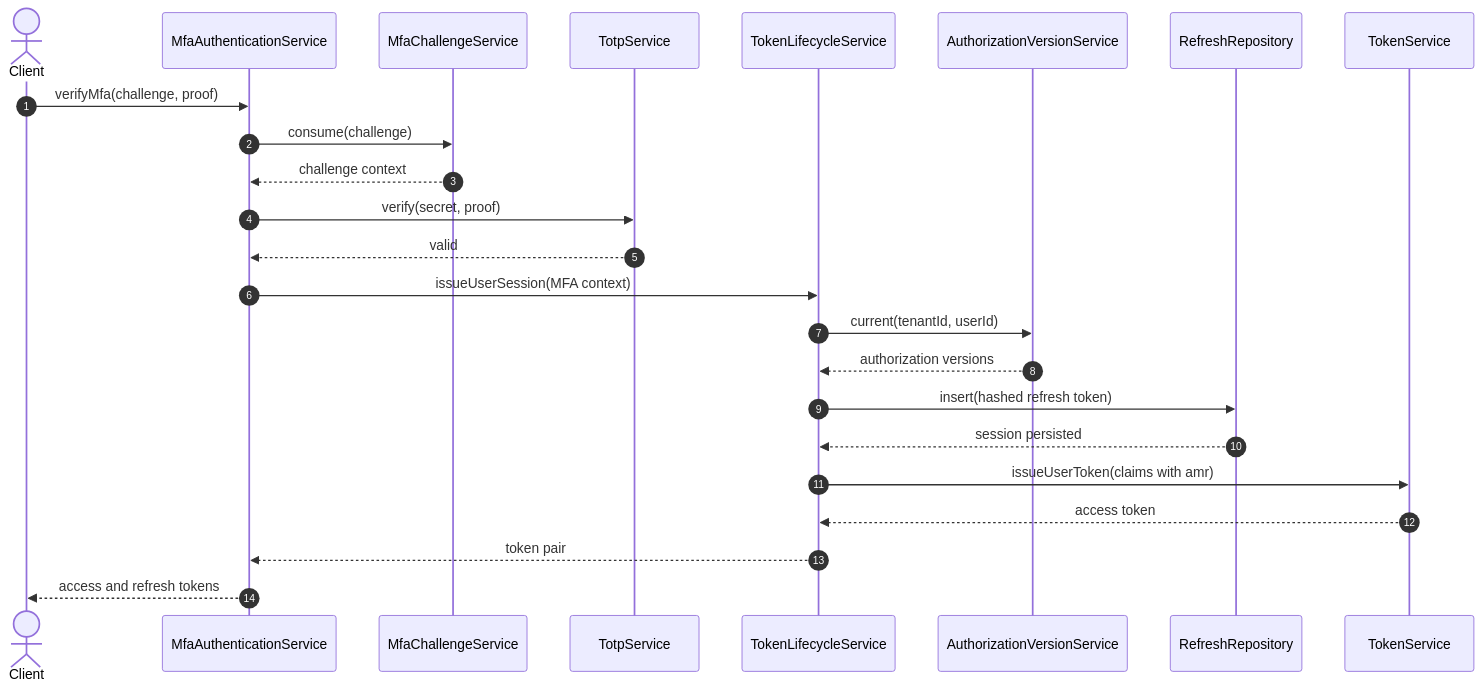
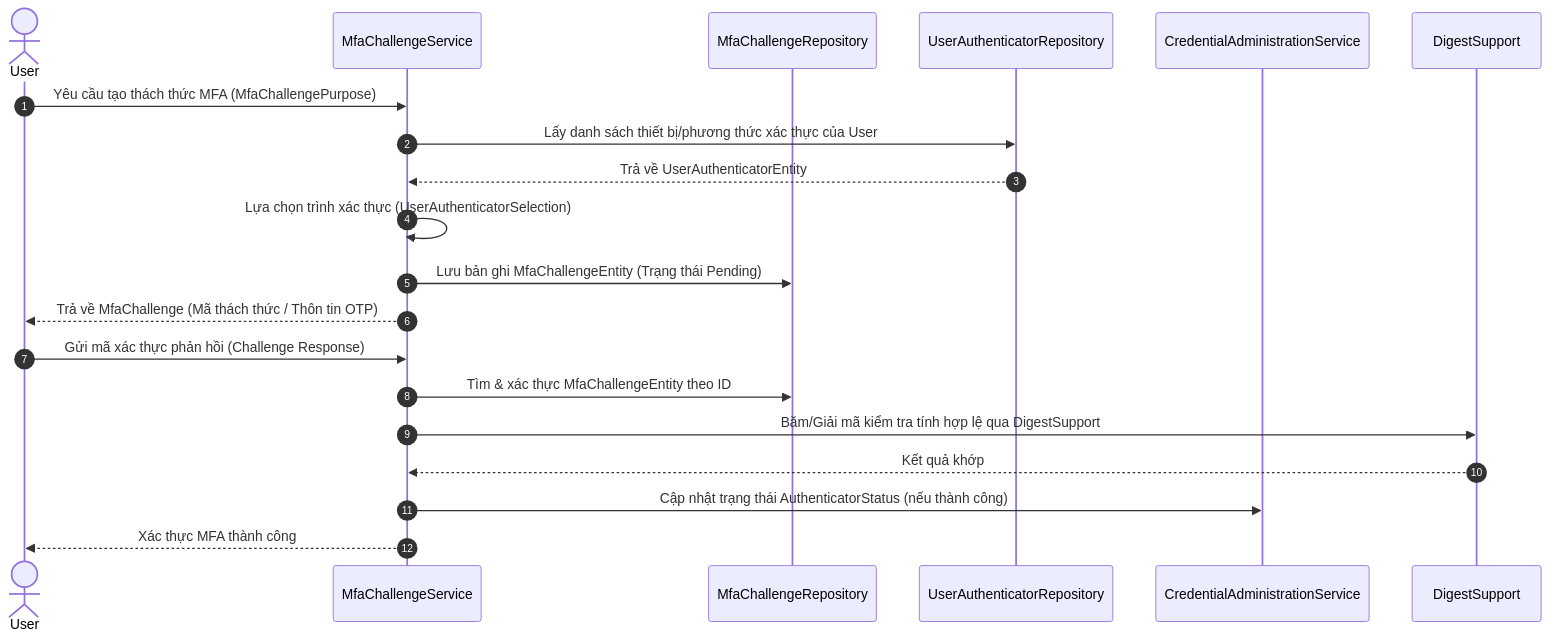
Before and after one commit to hatrongvu13/smartfarm-platform-maven-starter: the second of 4 diagrams in services/smartfarm-identity-service/review_flow.md, drawn with Mermaid. The commit also changed other lines of this file and 6 other files, not shown here.

````diff
--- a/services/smartfarm-identity-service/review_flow.md
+++ b/services/smartfarm-identity-service/review_flow.md
@@ -500,28 +42,26 @@
 ```mermaid
 sequenceDiagram
-    autonumber
+autonumber
+actor User
+participant MfaService as MfaChallengeService
+participant ChallengeRepo as MfaChallengeRepository
+participant AuthenticatorRepo as UserAuthenticatorRepository
+participant CredentialAdmin as CredentialAdministrationService
+participant Digest as DigestSupport
 
-    actor Client
-    participant Auth as MfaAuthenticationService
-    participant Challenge as MfaChallengeService
-    participant Totp as TotpService
-    participant Lifecycle as TokenLifecycleService
-    participant Versions as AuthorizationVersionService
-    participant Refresh as RefreshRepository
-    participant Issuer as TokenService
+    User->>MfaService: Yêu cầu tạo thách thức MFA (MfaChallengePurpose)
+    MfaService->>AuthenticatorRepo: Lấy danh sách thiết bị/phương thức xác thực của User
+    AuthenticatorRepo-->>MfaService: Trả về UserAuthenticatorEntity
+    
+    MfaService->>MfaService: Lựa chọn trình xác thực (UserAuthenticatorSelection)
+    MfaService->>ChallengeRepo: Lưu bản ghi MfaChallengeEntity (Trạng thái Pending)
+    MfaService-->>User: Trả về MfaChallenge (Mã thách thức / Thôn tin OTP)
 
-    Client->>Auth: verifyMfa(challenge, proof)
-    Auth->>Challenge: consume(challenge)
-    Challenge-->>Auth: challenge context
-    Auth->>Totp: verify(secret, proof)
-    Totp-->>Auth: valid
-    Auth->>Lifecycle: issueUserSession(MFA context)
-    Lifecycle->>Versions: current(tenantId, userId)
-    Versions-->>Lifecycle: authorization versions
-    Lifecycle->>Refresh: insert(hashed refresh token)
-    Refresh-->>Lifecycle: session persisted
-    Lifecycle->>Issuer: issueUserToken(claims with amr)
-    Issuer-->>Lifecycle: access token
-    Lifecycle-->>Auth: token pair
-    Auth-->>Client: access and refresh tokens
+    User->>MfaService: Gửi mã xác thực phản hồi (Challenge Response)
+    MfaService->>ChallengeRepo: Tìm & xác thực MfaChallengeEntity theo ID
+    MfaService->>Digest: Băm/Giải mã kiểm tra tính hợp lệ qua DigestSupport
+    Digest-->>MfaService: Kết quả khớp
+    
+    MfaService->>CredentialAdmin: Cập nhật trạng thái AuthenticatorStatus (nếu thành công)
+    MfaService-->>User: Xác thực MFA thành công
 ```
````
